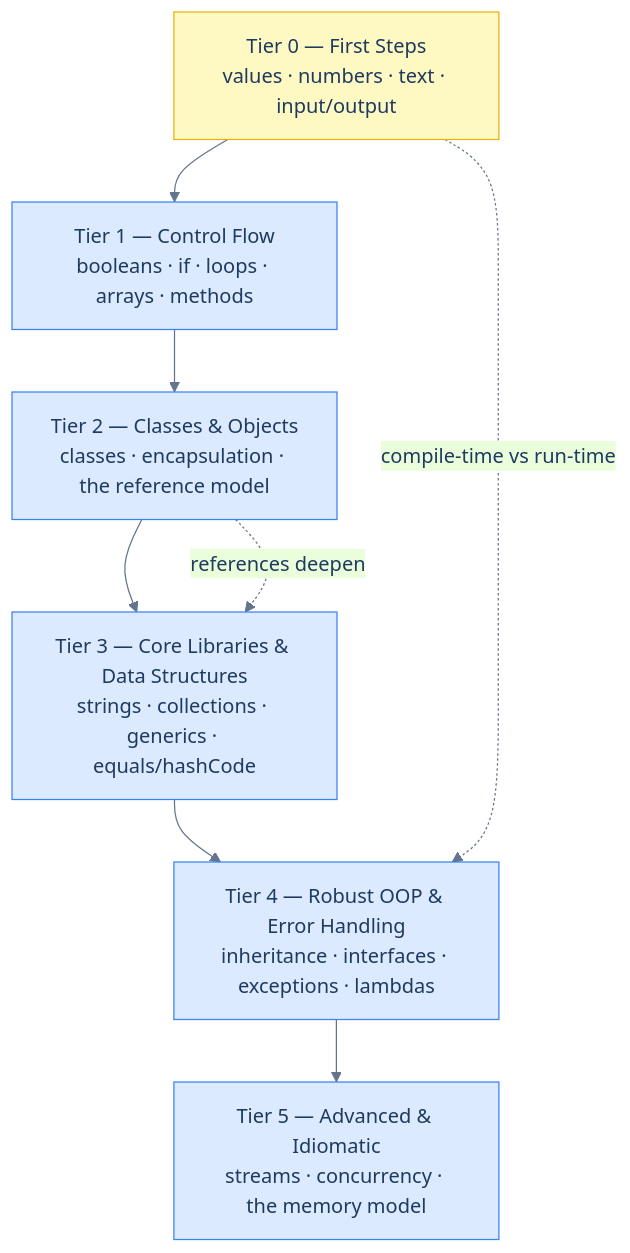
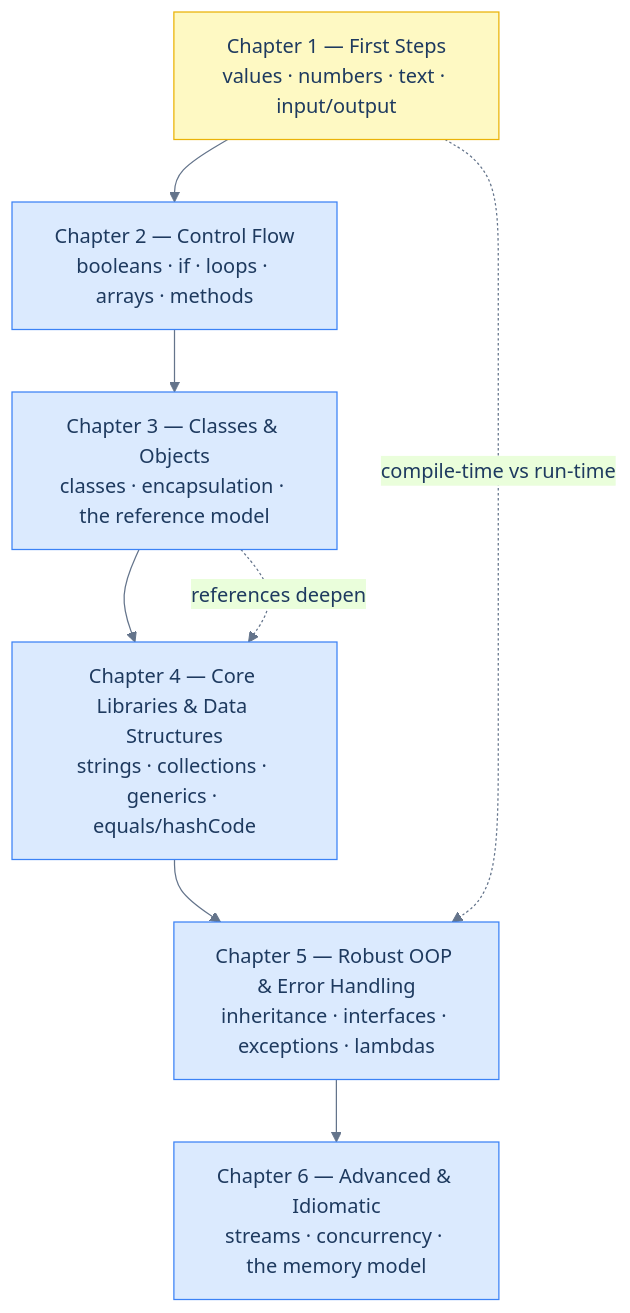
Before and after one commit to ani2fun/java-guide: the diagram in 00-index.md, drawn with Mermaid. The commit also changed other lines of this file and 7 other files, not shown here.

````diff
--- a/00-index.md
+++ b/00-index.md
@@ -38,22 +38,22 @@
 ```mermaid
 ---
 config:
   theme: base
   themeVariables:
     primaryColor: "#dbeafe"
     primaryBorderColor: "#3b82f6"
     primaryTextColor: "#1e3a5f"
     lineColor: "#64748b"
 ---
 flowchart TD
-  T0["Tier 0 — First Steps<br/>values · numbers · text · input/output"]
-  T1["Tier 1 — Control Flow<br/>booleans · if · loops · arrays · methods"]
-  T2["Tier 2 — Classes &amp; Objects<br/>classes · encapsulation · the reference model"]
-  T3["Tier 3 — Core Libraries &amp; Data Structures<br/>strings · collections · generics · equals/hashCode"]
-  T4["Tier 4 — Robust OOP &amp; Error Handling<br/>inheritance · interfaces · exceptions · lambdas"]
-  T5["Tier 5 — Advanced &amp; Idiomatic<br/>streams · concurrency · the memory model"]
+  T0["Chapter 1 — First Steps<br/>values · numbers · text · input/output"]
+  T1["Chapter 2 — Control Flow<br/>booleans · if · loops · arrays · methods"]
+  T2["Chapter 3 — Classes &amp; Objects<br/>classes · encapsulation · the reference model"]
+  T3["Chapter 4 — Core Libraries &amp; Data Structures<br/>strings · collections · generics · equals/hashCode"]
+  T4["Chapter 5 — Robust OOP &amp; Error Handling<br/>inheritance · interfaces · exceptions · lambdas"]
+  T5["Chapter 6 — Advanced &amp; Idiomatic<br/>streams · concurrency · the memory model"]
   T0 --> T1 --> T2 --> T3 --> T4 --> T5
   T0 -. "compile-time vs run-time" .-> T4
   T2 -. "references deepen" .-> T3
   style T0 fill:#fef9c3,stroke:#eab308
 ```
````
